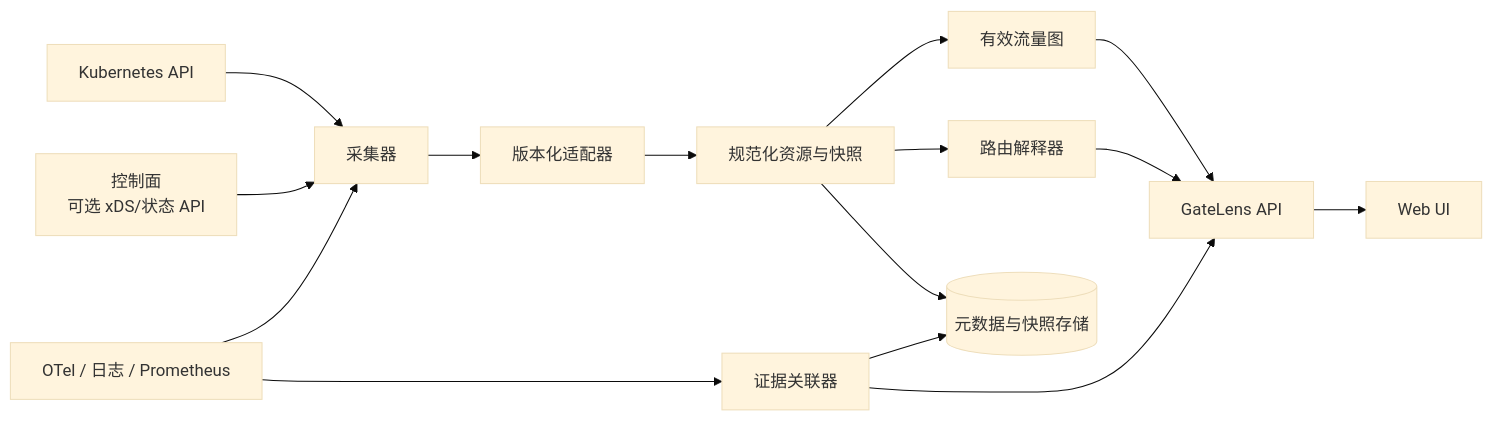
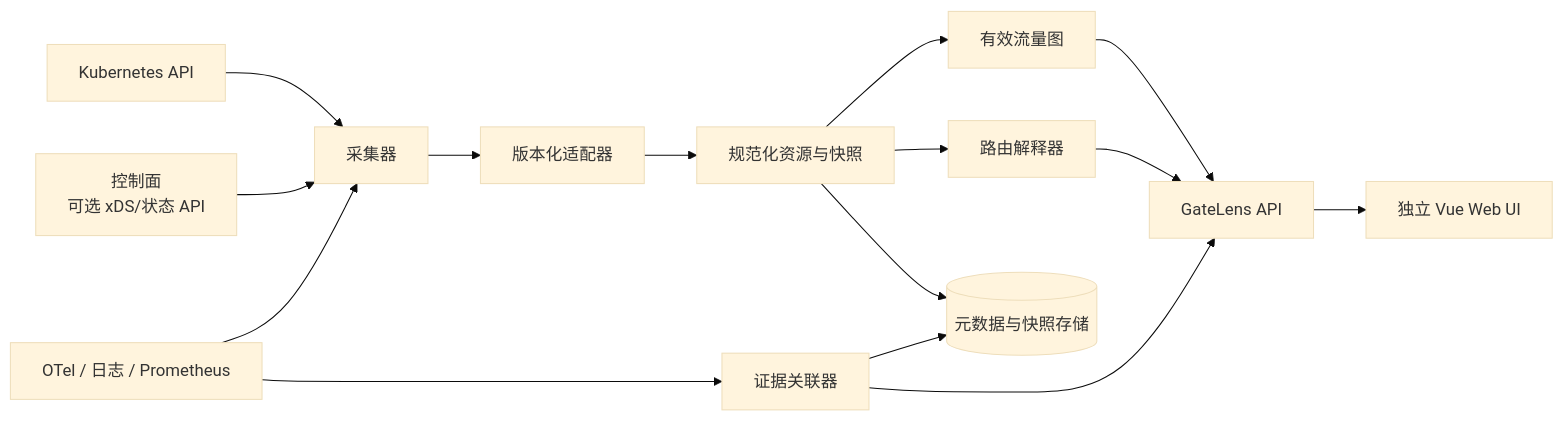
One commit to yebi511/GateLens changed the diagram in docs/02-architecture.md. Above: the diagram before and after it, drawn with Mermaid (base theme). The commit also changed other lines of this file and 43 other files, not shown here.

````diff
--- a/docs/02-architecture.md
+++ b/docs/02-architecture.md
@@ -5,17 +5,17 @@
 ```mermaid
 flowchart LR
   K8S[Kubernetes API] --> COL[采集器]
   CP[控制面\n可选 xDS/状态 API] --> COL
   OBS[OTel / 日志 / Prometheus] --> COL
   COL --> ADP[版本化适配器]
   ADP --> NORM[规范化资源与快照]
   NORM --> GRAPH[有效流量图]
   NORM --> EXP[路由解释器]
   OBS --> EVID[证据关联器]
   GRAPH --> API[GateLens API]
   EXP --> API
   EVID --> API
-  API --> UI[Web UI]
+  API --> UI[独立 Vue Web UI]
   NORM --> DB[(元数据与快照存储)]
   EVID --> DB
 ```
````
